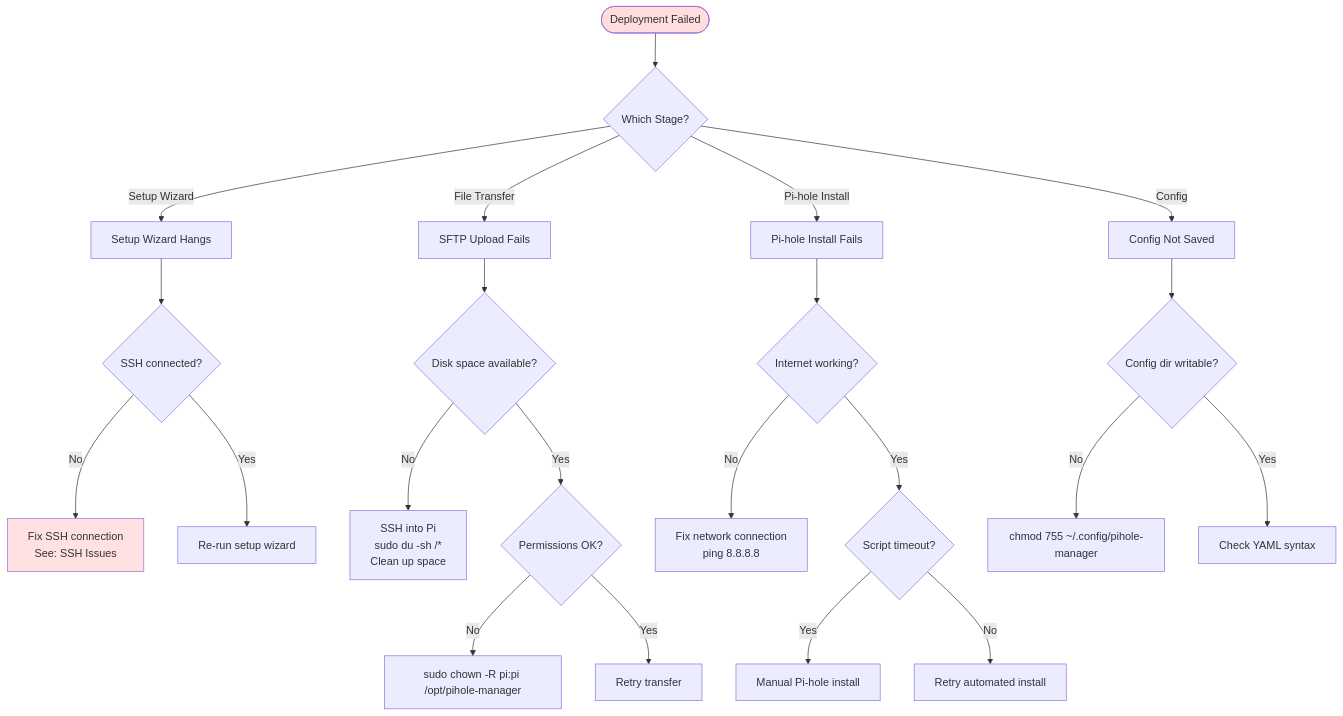
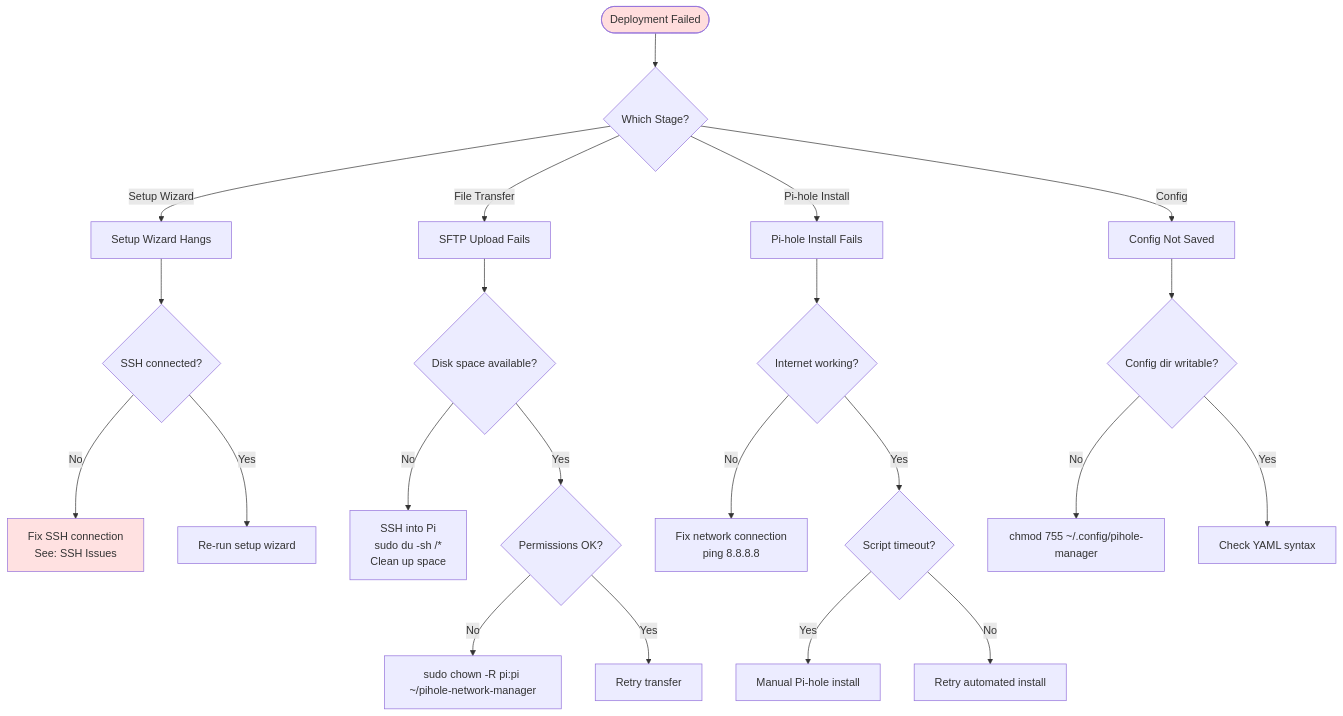
Before and after one commit to ThePraxium/pihole-network-manager: the fifth of 11 diagrams in docs/troubleshooting-guide.md, drawn with Mermaid. The commit also changed other lines of this file and 16 other files, not shown here.

````diff
--- a/docs/troubleshooting-guide.md
+++ b/docs/troubleshooting-guide.md
@@ -352,32 +352,32 @@
 ```mermaid
 flowchart TD
     DeployStart([Deployment Failed]) --> Stage{Which Stage?}
 
     Stage -->|Setup Wizard| SetupFail[Setup Wizard Hangs]
     Stage -->|File Transfer| TransferFail[SFTP Upload Fails]
     Stage -->|Pi-hole Install| InstallFail[Pi-hole Install Fails]
     Stage -->|Config| ConfigFail[Config Not Saved]
 
     SetupFail --> SSHCheck1{SSH connected?}
     SSHCheck1 -->|No| SSHIssue1[Fix SSH connection<br/>See: SSH Issues]
     SSHCheck1 -->|Yes| Rerun1[Re-run setup wizard]
 
     TransferFail --> SpaceCheck{Disk space available?}
     SpaceCheck -->|No| FreeDisk["SSH into Pi<br/>sudo du -sh /*<br/>Clean up space"]
     SpaceCheck -->|Yes| PermCheck{Permissions OK?}
-    PermCheck -->|No| FixPerms["sudo chown -R pi:pi /opt/pihole-manager"]
+    PermCheck -->|No| FixPerms["sudo chown -R pi:pi ~/pihole-network-manager"]
     PermCheck -->|Yes| Retry1[Retry transfer]
 
     InstallFail --> NetCheck{Internet working?}
     NetCheck -->|No| FixNet[Fix network connection<br/>ping 8.8.8.8]
     NetCheck -->|Yes| Timeout{Script timeout?}
     Timeout -->|Yes| ManualInstall[Manual Pi-hole install]
     Timeout -->|No| Retry2[Retry automated install]
 
     ConfigFail --> ConfigPerms{Config dir writable?}
     ConfigPerms -->|No| FixConfigPerms["chmod 755 ~/.config/pihole-manager"]
     ConfigPerms -->|Yes| YAMLError[Check YAML syntax]
 
     style DeployStart fill:#fdd
     style SSHIssue1 fill:#ffe1e1
 ```
````
